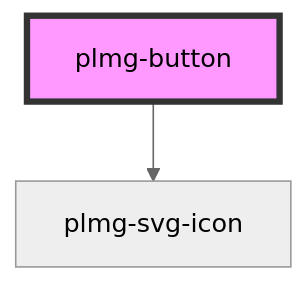
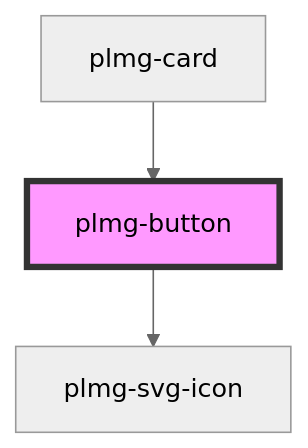
Before and after one commit to DuckyTeam/Plumage: the diagram in packages/component-library/src/components/plmg-button/readme.md, drawn with Mermaid (neutral theme). The commit also changed other lines of this file and 19 other files, not shown here.

First line of the commit message:
Feat/plmg-card (#31)

````diff
--- a/packages/component-library/src/components/plmg-button/readme.md
+++ b/packages/component-library/src/components/plmg-button/readme.md
@@ -41,5 +45,6 @@
 ```mermaid
 graph TD;
   plmg-button --> plmg-svg-icon
+  plmg-card --> plmg-button
   style plmg-button fill:#f9f,stroke:#333,stroke-width:4px
 ```
````
